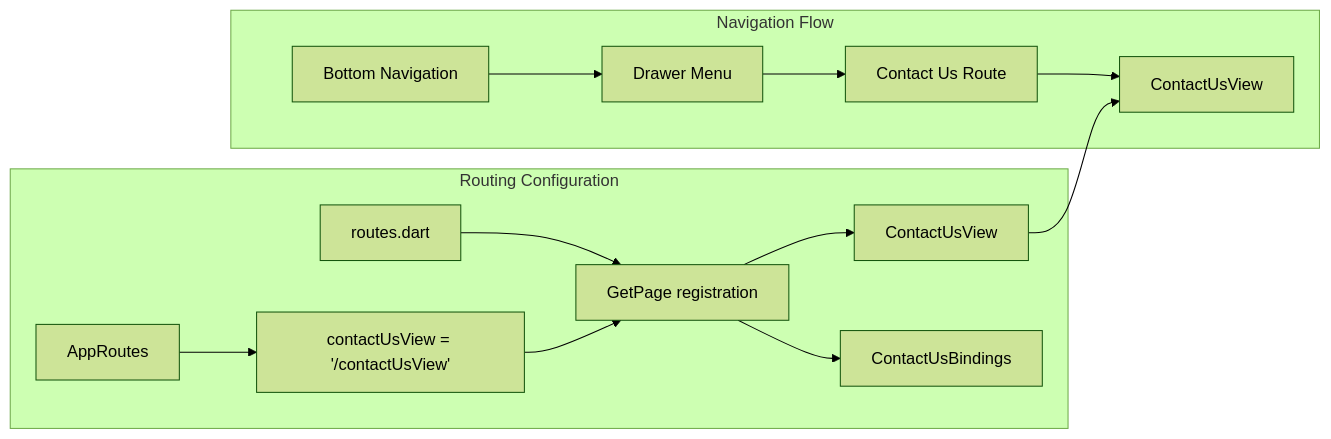
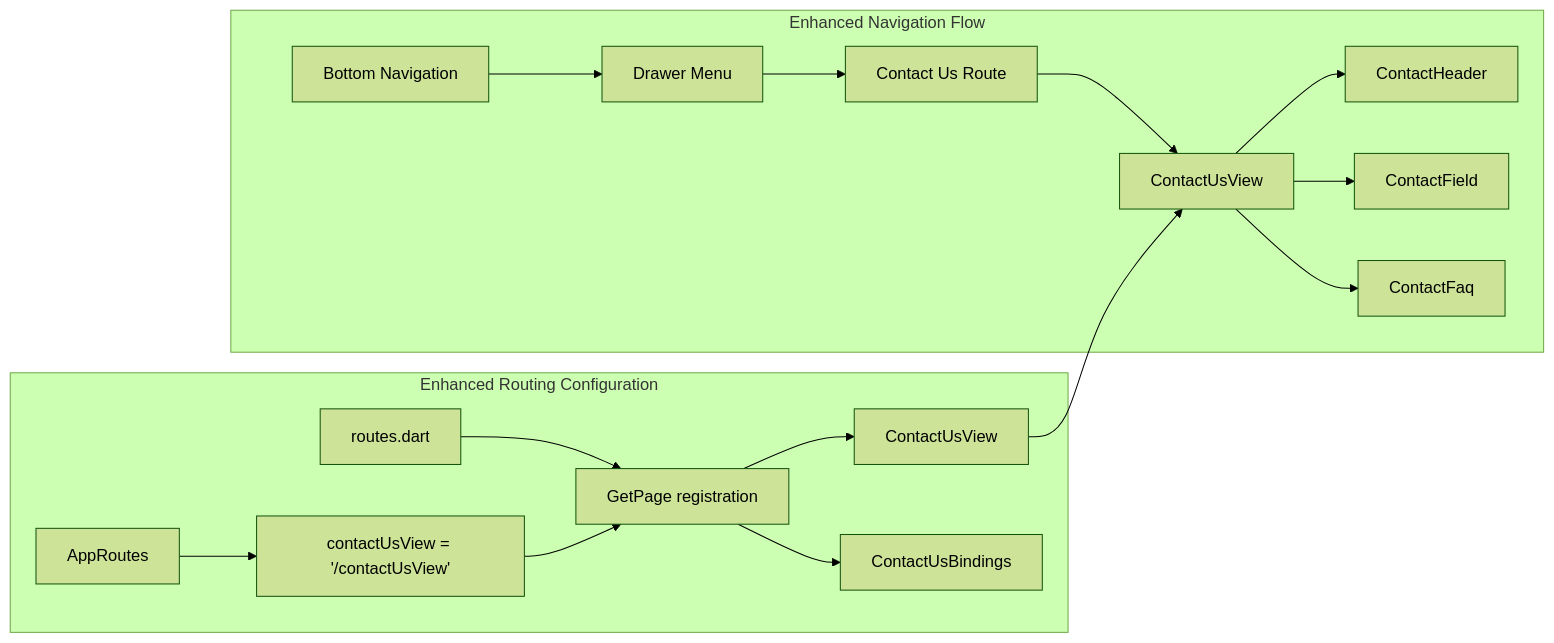
Before and after one commit to Ariful3111/FurniGo: the eighth of 11 diagrams in .qoder/repowiki/en/content/Core Features/Support and Communication/Contact Us Feature.md, drawn with Mermaid (forest theme). The commit also changed other lines of this file and 10 other files, not shown here.

````diff
--- a/.qoder/repowiki/en/content/Core Features/Support and Communication/Contact Us Feature.md
+++ b/.qoder/repowiki/en/content/Core Features/Support and Communication/Contact Us Feature.md
@@ -248,16 +423,19 @@
 ```mermaid
 graph LR
-subgraph "Routing Configuration"
+subgraph "Enhanced Routing Configuration"
 A[AppRoutes] --> B[contactUsView = '/contactUsView']
 C[routes.dart] --> D[GetPage registration]
 D --> E[ContactUsView]
 D --> F[ContactUsBindings]
 end
-subgraph "Navigation Flow"
+subgraph "Enhanced Navigation Flow"
 G[Bottom Navigation] --> H[Drawer Menu]
 H --> I[Contact Us Route]
 I --> J[ContactUsView]
+J --> K[ContactHeader]
+J --> L[ContactField]
+J --> M[ContactFaq]
 end
 B --> D
 E --> J
 ```
````
